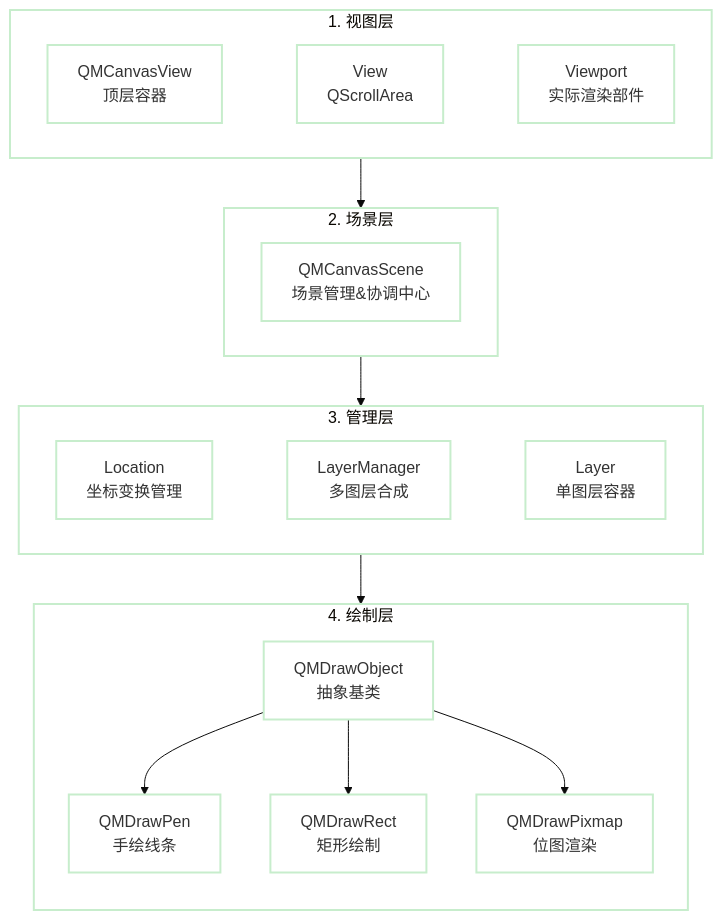
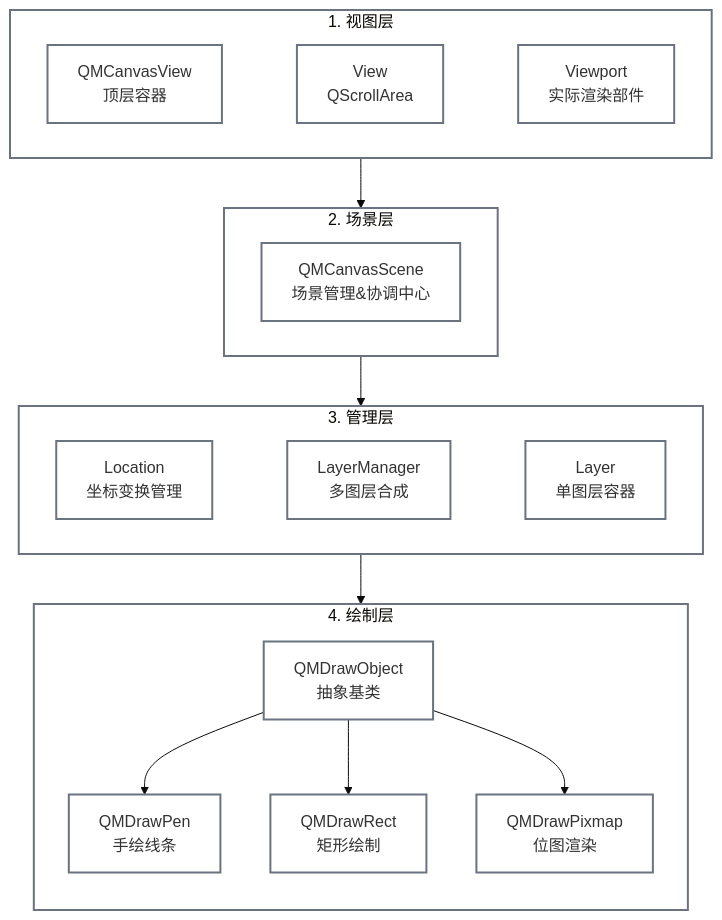
Before and after one commit to Ximiaw/QMCanvas: the diagram in README.md, drawn with Mermaid (base theme).

Commit message:
docs: 更新README.md中的图示样式定义

````diff
--- a/README.md
+++ b/README.md
@@ -22,56 +22,56 @@
 ```mermaid
 graph TD
     %% ==================== 视图层 ====================
     subgraph ViewLayer["1. 视图层"]
         direction LR
         QMCanvasView["QMCanvasView<br/>顶层容器"]
         View["View<br/>QScrollArea"]
         Viewport["Viewport<br/>实际渲染部件"]
     end
     
     %% ==================== 场景层 ====================
     subgraph SceneLayer["2. 场景层"]
         QMCanvasScene["QMCanvasScene<br/>场景管理&协调中心"]
     end
     
     %% ==================== 管理层 ====================
     subgraph ManagementLayer["3. 管理层"]
         direction LR
         Location["Location<br/>坐标变换管理"]
         LayerManager["LayerManager<br/>多图层合成"]
         Layer["Layer<br/>单图层容器"]
     end
     
     %% ==================== 绘制层 ====================
     subgraph DrawLayer["4. 绘制层"]
         direction TB
         QMDrawObject["QMDrawObject<br/>抽象基类"]
         QMDrawPen["QMDrawPen<br/>手绘线条"]
         QMDrawRect["QMDrawRect<br/>矩形绘制"]
         QMDrawPixmap["QMDrawPixmap<br/>位图渲染"]
     end
     
     %% ==================== 层次依赖关系 ====================
     ViewLayer --> SceneLayer
     SceneLayer --> ManagementLayer
     ManagementLayer --> DrawLayer
     
     %% ==================== 类继承关系 ====================
     QMDrawObject --> QMDrawPen
     QMDrawObject --> QMDrawRect
     QMDrawObject --> QMDrawPixmap
 
     %% ==================== 水平格式化 ====================
     QMCanvasView ~~~ View ~~~ Viewport
     Location ~~~ LayerManager ~~~ Layer
     
     %% ==================== 样式定义 ====================
-    classDef nodeStyle fill:#0000,stroke:#c7edcc,stroke-width:2px
-    classDef subgraphStyle fill:#0000,stroke:#c7edcc,stroke-width:2px
+    classDef nodeStyle fill:#0000,stroke:#6B7280,stroke-width:2px
+    classDef subgraphStyle fill:#0000,stroke:#6B7280,stroke-width:2px
     
     class ViewLayer,SceneLayer,ManagementLayer,DrawLayer subgraphStyle
     class QMCanvasView,View,Viewport nodeStyle
     class QMCanvasScene nodeStyle
     class Location,LayerManager,Layer nodeStyle
     class QMDrawObject,QMDrawPen,QMDrawRect,QMDrawPixmap nodeStyle
 ```
````
